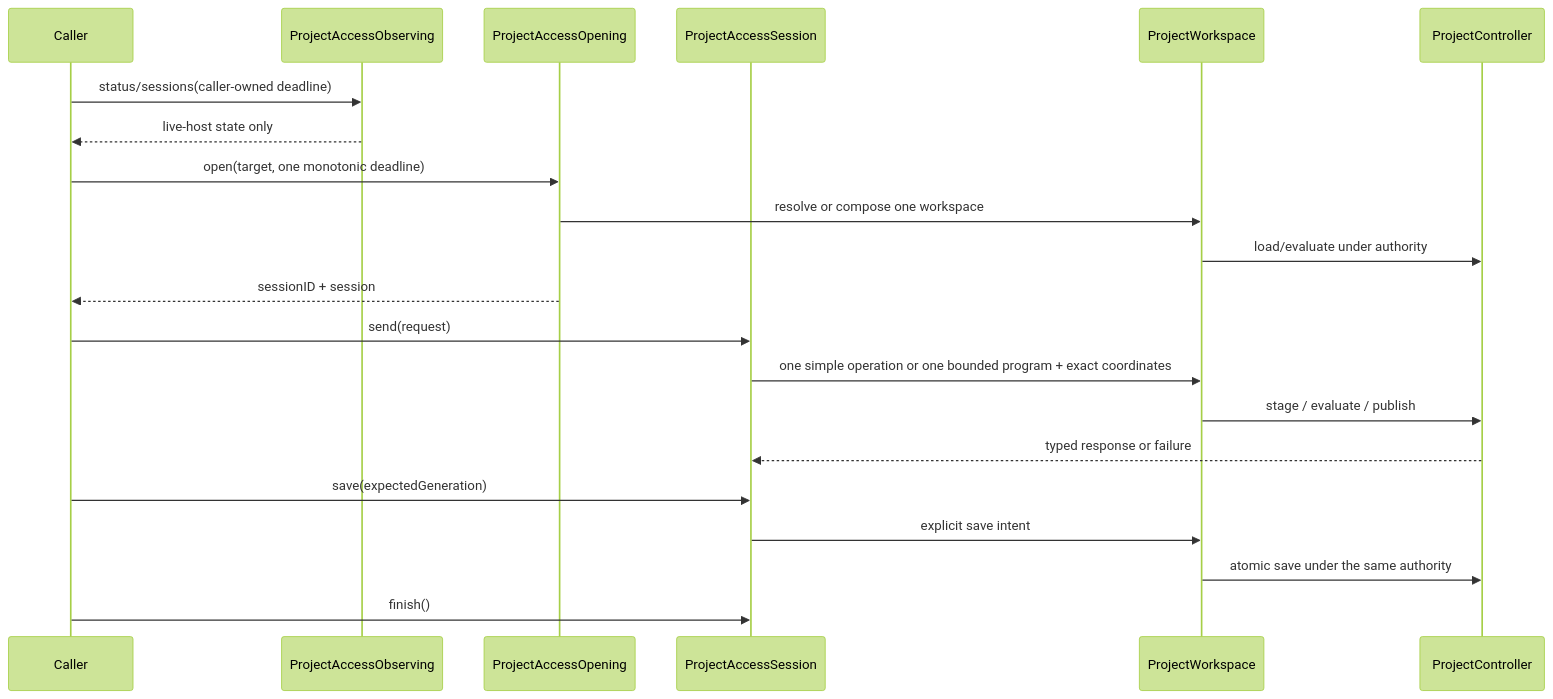
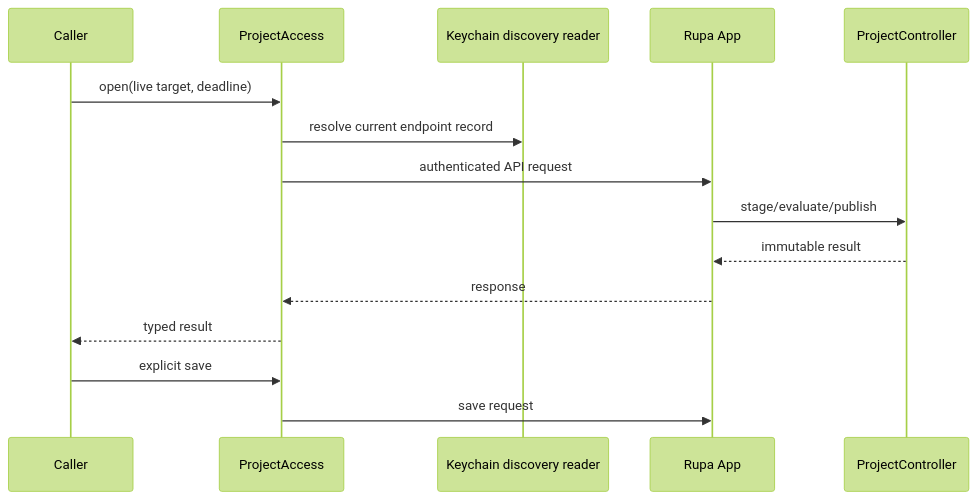
One commit to 1amageek/Rupa changed the second of 2 diagrams in RupaKit/Sources/RupaProjectAccess/DESIGN.md. Above: the diagram before and after it, drawn with Mermaid (forest theme). The commit also changed other lines of this file and 133 other files, not shown here.

Commit message:
Route external access through the Rupa API

````diff
--- a/RupaKit/Sources/RupaProjectAccess/DESIGN.md
+++ b/RupaKit/Sources/RupaProjectAccess/DESIGN.md
@@ -201,23 +110,17 @@
 ```mermaid
 sequenceDiagram
-    participant Caller
-    participant Observer as ProjectAccessObserving
-    participant Opening as ProjectAccessOpening
-    participant Session as ProjectAccessSession
-    participant W as ProjectWorkspace
-    participant P as ProjectController
-    Caller->>Observer: status/sessions(caller-owned deadline)
-    Observer-->>Caller: live-host state only
-    Caller->>Opening: open(target, one monotonic deadline)
-    Opening->>W: resolve or compose one workspace
-    W->>P: load/evaluate under authority
-    Opening-->>Caller: sessionID + session
-    Caller->>Session: send(request)
-    Session->>W: one simple operation or one bounded program + exact coordinates
-    W->>P: stage / evaluate / publish
-    P-->>Session: typed response or failure
-    Caller->>Session: save(expectedGeneration)
-    Session->>W: explicit save intent
-    W->>P: atomic save under the same authority
-    Caller->>Session: finish()
+    participant C as Caller
+    participant A as ProjectAccess
+    participant K as Keychain discovery reader
+    participant P as Rupa App
+    participant W as ProjectController
+    C->>A: open(live target, deadline)
+    A->>K: resolve current endpoint record
+    A->>P: authenticated API request
+    P->>W: stage/evaluate/publish
+    W-->>P: immutable result
+    P-->>A: response
+    A-->>C: typed result
+    C->>A: explicit save
+    A->>P: save request
 ```
````
